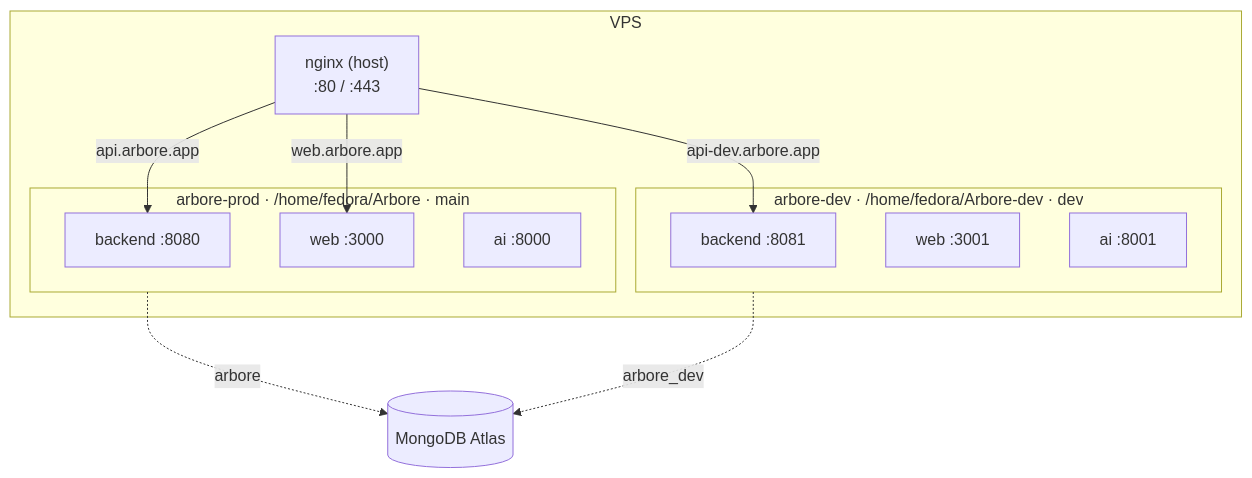
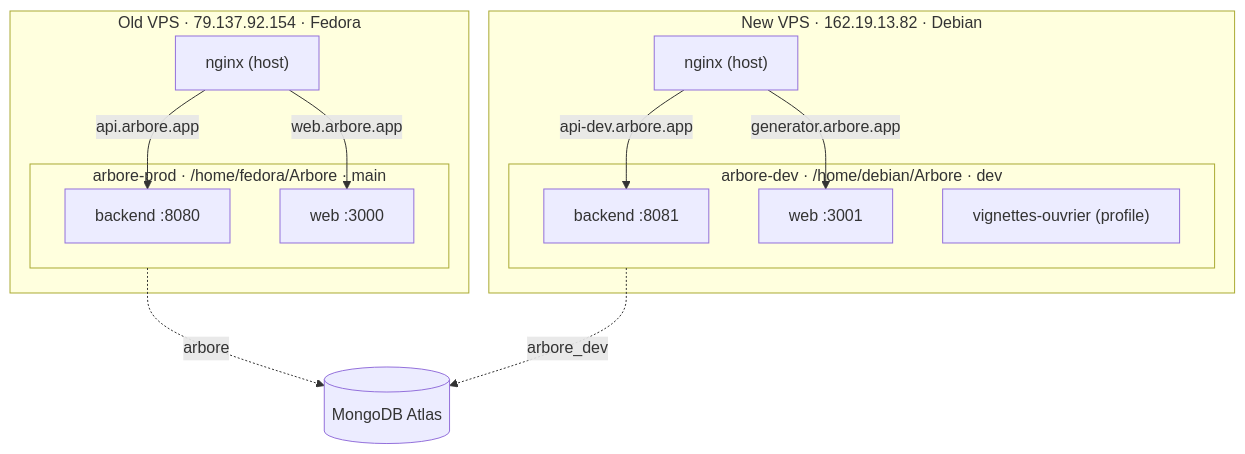
Before and after one commit to ArboreTeam/Arbore: the fourth of 5 diagrams in docs/en/architecture/05-infrastructure.md, drawn with Mermaid. The commit also changed other lines of this file and 11 other files, not shown here.

````diff
--- a/docs/en/architecture/05-infrastructure.md
+++ b/docs/en/architecture/05-infrastructure.md
@@ -158,21 +158,24 @@
 ```mermaid
 flowchart TB
-    subgraph host["VPS"]
+    subgraph old["Old VPS · 79.137.92.154 · Fedora"]
         subgraph prod["arbore-prod · /home/fedora/Arbore · main"]
             p1["backend :8080"]
             p2["web :3000"]
-            p3["ai :8000"]
         end
-        subgraph devenv["arbore-dev · /home/fedora/Arbore-dev · dev"]
+        nginxA["nginx (host)"]
+    end
+    subgraph new["New VPS · 162.19.13.82 · Debian"]
+        subgraph devenv["arbore-dev · /home/debian/Arbore · dev"]
             d1["backend :8081"]
             d2["web :3001"]
-            d3["ai :8001"]
+            d3["vignettes-ouvrier (profile)"]
         end
-        nginx["nginx (host)<br/>:80 / :443"]
+        nginxB["nginx (host)"]
     end
-    nginx -->|api.arbore.app| p1
-    nginx -->|web.arbore.app| p2
-    nginx -->|api-dev.arbore.app| d1
+    nginxA -->|api.arbore.app| p1
+    nginxA -->|web.arbore.app| p2
+    nginxB -->|api-dev.arbore.app| d1
+    nginxB -->|generator.arbore.app| d2
     prod -.->|arbore| mongo[("MongoDB Atlas")]
     devenv -.->|arbore_dev| mongo
 ```
````
